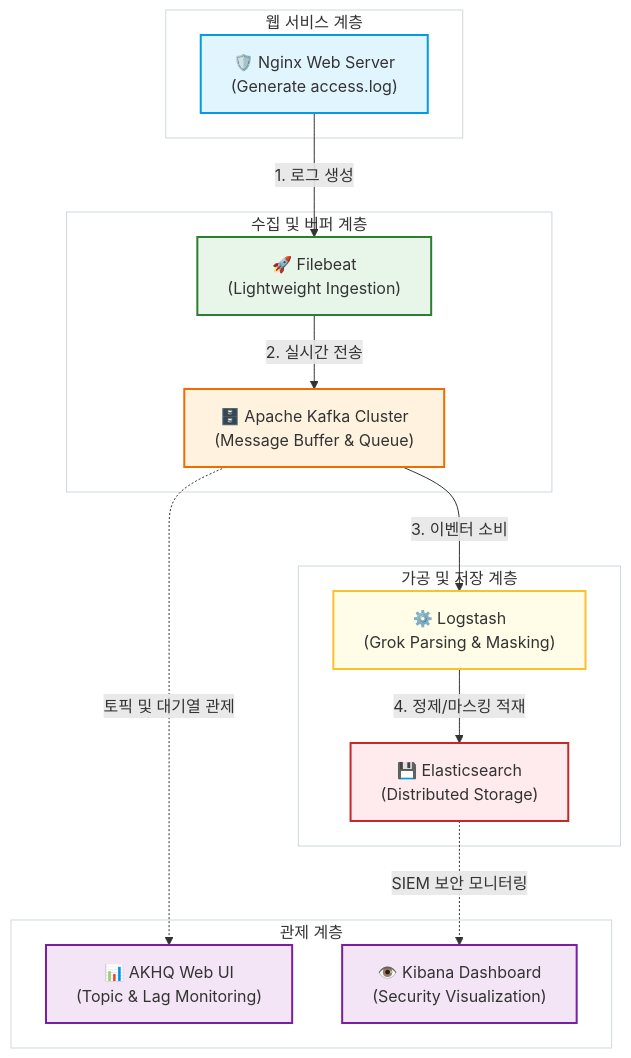
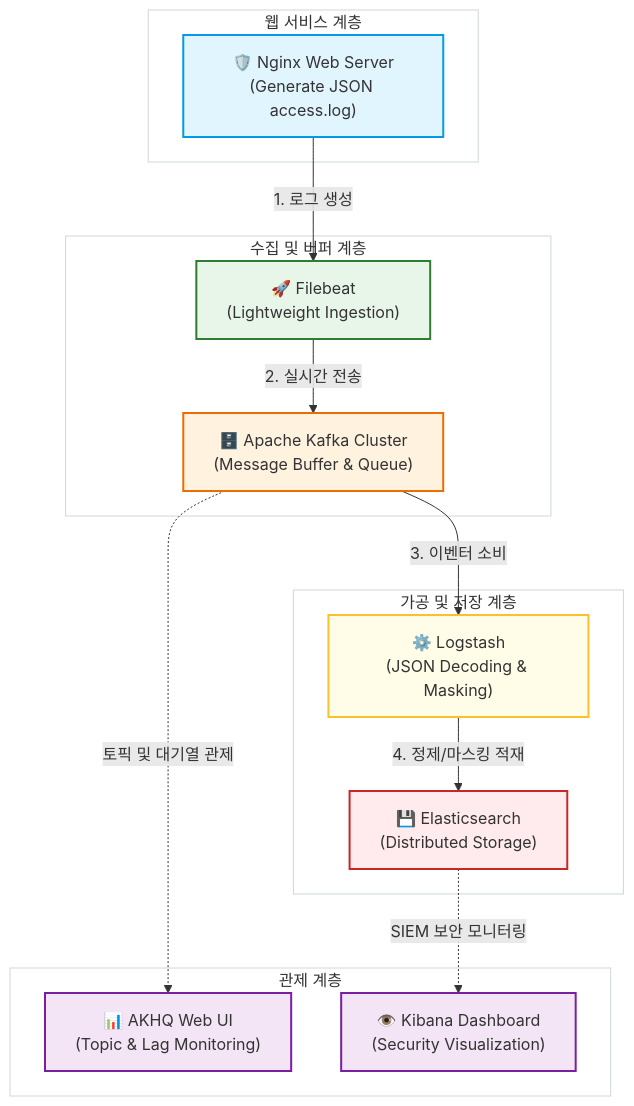
One commit to dra2sun7/security-log-pipeline changed the diagram in README.md. Above: the diagram before and after it, drawn with Mermaid. The commit also changed other lines of this file, not shown here.

First line of the commit message:
Improve log format to structured JSON for Nginx and Logstash

````diff
--- a/README.md
+++ b/README.md
@@ -9,58 +9,58 @@
 ```mermaid
 graph TB
     %% 스타일 정의
     classDef producer fill:#e1f5fe,stroke:#039be5,stroke-width:2px;
     classDef agent fill:#e8f5e9,stroke:#2e7d32,stroke-width:2px;
     classDef queue fill:#fff3e0,stroke:#ef6c00,stroke-width:2px;
     classDef etl fill:#fffde7,stroke:#fbc02d,stroke-width:2px;
     classDef storage fill:#ffebee,stroke:#c62828,stroke-width:2px;
     classDef monitor fill:#f3e5f5,stroke:#7b1fa2,stroke-width:2px;
 
     %% 웹 서비스 계층
     subgraph Web_Layer [웹 서비스 계층]
-        Nginx["🛡️ Nginx Web Server<br/>(Generate access.log)"]
+        Nginx["🛡️ Nginx Web Server<br/>(Generate JSON access.log)"]
     end
 
     %% 수집 및 버퍼 계층
     subgraph Collection_Layer [수집 및 버퍼 계층]
         Filebeat["🚀 Filebeat<br/>(Lightweight Ingestion)"]
         Kafka["🗄️ Apache Kafka Cluster<br/>(Message Buffer & Queue)"]
     end
 
     %% 가공 및 저장 계층
     subgraph Processing_Layer [가공 및 저장 계층]
-        Logstash["⚙️ Logstash<br/>(Grok Parsing & Masking)"]
+        Logstash["⚙️ Logstash<br/>(JSON Decoding & Masking)"]
         Elasticsearch["💾 Elasticsearch<br/>(Distributed Storage)"]
     end
 
     %% 관제 계층 (시각적 균형을 위해 양옆 분기 유도)
     subgraph Management_Layer [관제 계층]
         AKHQ["📊 AKHQ Web UI<br/>(Topic & Lag Monitoring)"]
         Kibana["👁️ Kibana Dashboard<br/>(Security Visualization)"]
     end
 
     %% 메인 데이터 파이프라인 흐름 (위 -> 아래)
     Nginx -->|1. 로그 생성| Filebeat
     Filebeat -->|2. 실시간 전송| Kafka
     Kafka -->|3. 이벤터 소비| Logstash
     Logstash -->|4. 정제/마스킹 적재| Elasticsearch
 
     %% 실시간 관제 및 모니터링 흐름 (좌우 날개형 분기)
     Kafka -.->|토픽 및 대기열 관제| AKHQ
     Elasticsearch -.->|SIEM 보안 모니터링| Kibana
 
     %% 스타일 적용
     class Nginx producer;
     class Filebeat agent;
     class Kafka queue;
     class Logstash etl;
     class Elasticsearch storage;
     class AKHQ monitor;
     class Kibana monitor;
 
     %% 서브그래프 스타일
     style Web_Layer fill:none,stroke:#cfd8dc,stroke-width:1px;
     style Collection_Layer fill:none,stroke:#cfd8dc,stroke-width:1px;
     style Processing_Layer fill:none,stroke:#cfd8dc,stroke-width:1px;
     style Management_Layer fill:none,stroke:#cfd8dc,stroke-width:1px;
 ```
````
